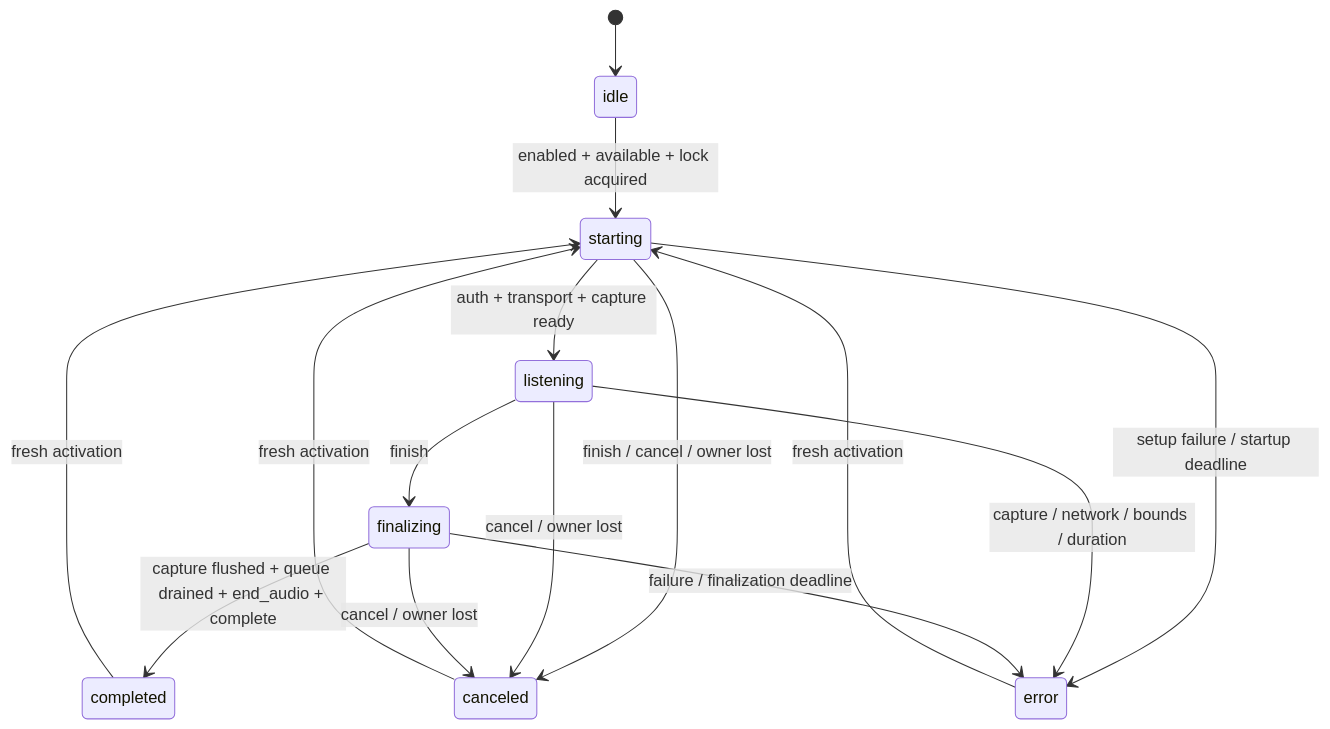
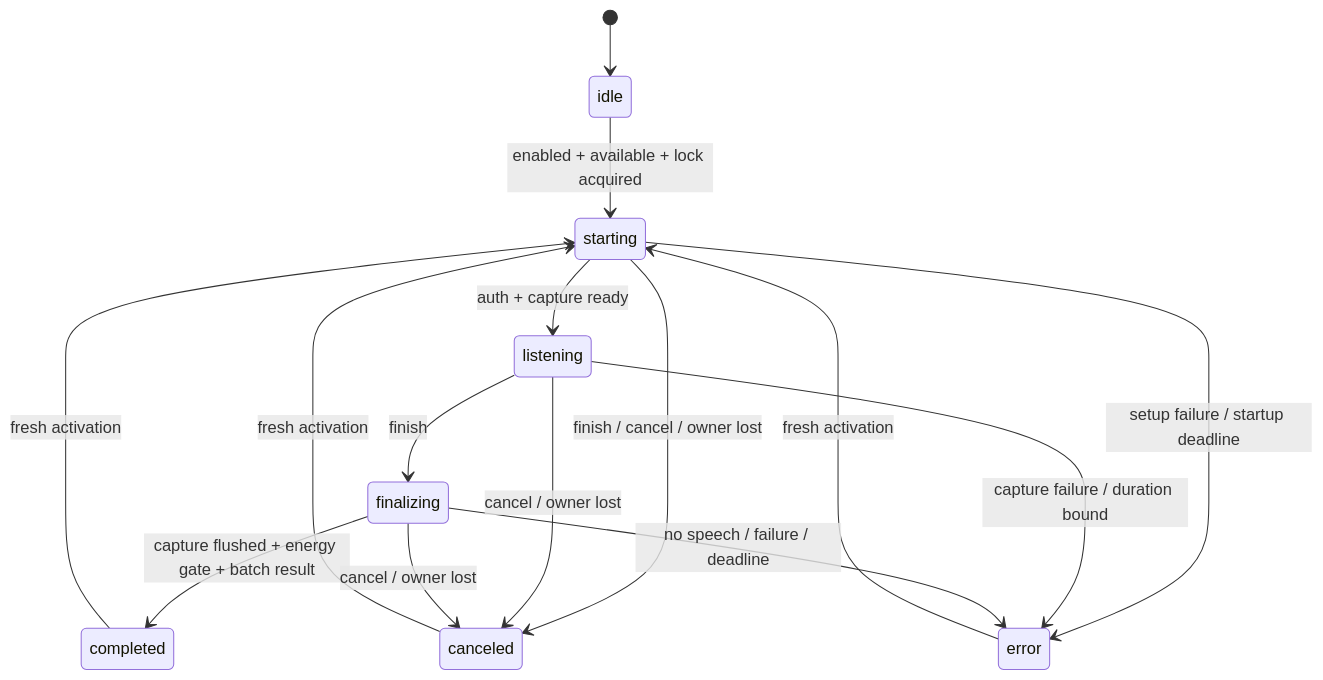
One commit to jlegewie/beaver-zotero changed the diagram in docs/voice-protocol.md. Above: the diagram before and after it, drawn with Mermaid. The commit also changed other lines of this file and 22 other files, not shown here.

````diff
--- a/docs/voice-protocol.md
+++ b/docs/voice-protocol.md
@@ -19,17 +17,17 @@
 ```mermaid
 stateDiagram-v2
     [*] --> idle
     idle --> starting: enabled + available + lock acquired
-    starting --> listening: auth + transport + capture ready
+    starting --> listening: auth + capture ready
     starting --> canceled: finish / cancel / owner lost
     starting --> error: setup failure / startup deadline
     listening --> finalizing: finish
     listening --> canceled: cancel / owner lost
-    listening --> error: capture / network / bounds / duration
-    finalizing --> completed: capture flushed + queue drained + end_audio + complete
+    listening --> error: capture failure / duration bound
+    finalizing --> completed: capture flushed + energy gate + batch result
     finalizing --> canceled: cancel / owner lost
-    finalizing --> error: failure / finalization deadline
+    finalizing --> error: no speech / failure / deadline
     completed --> starting: fresh activation
     canceled --> starting: fresh activation
     error --> starting: fresh activation
 ```
````
